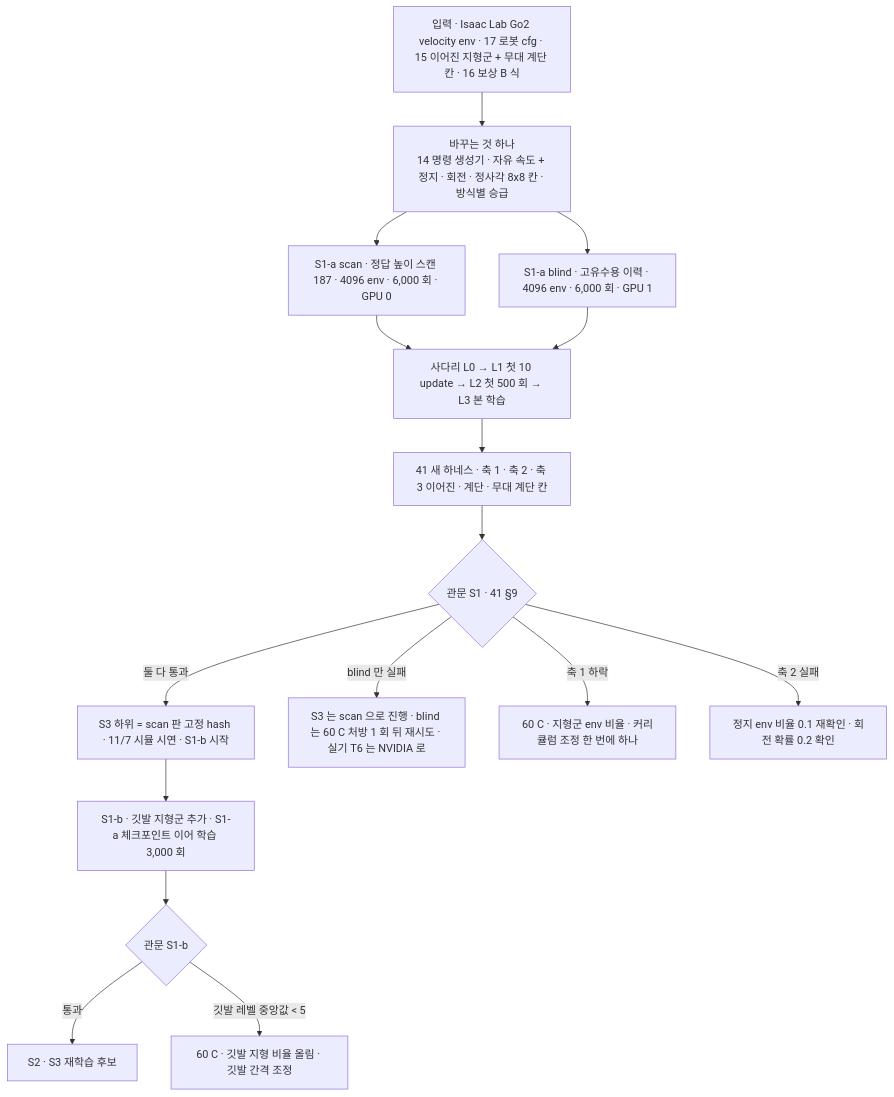
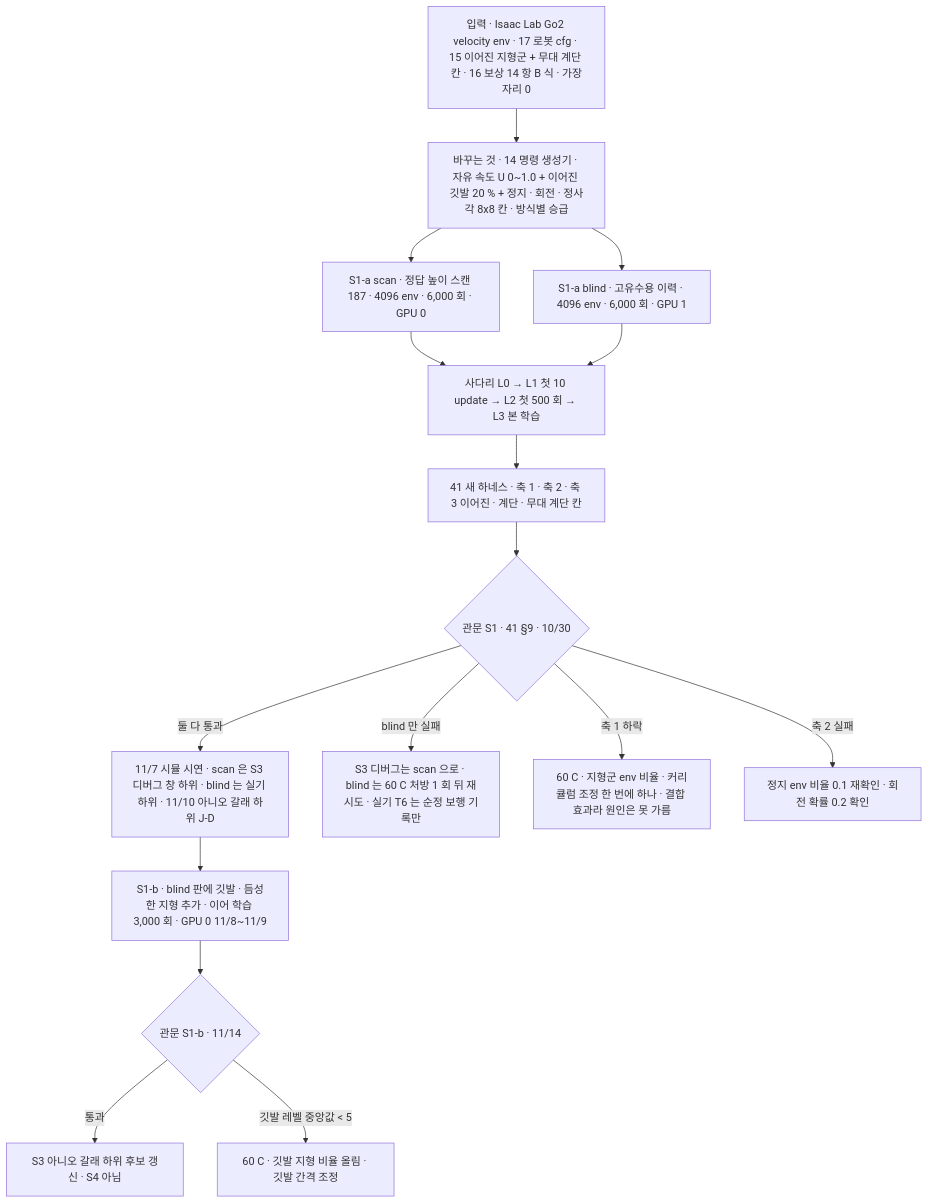
One commit to foothold-project/foothold-lab changed the diagram in inbox/jay/20261019-design/52-S1-OPEN-COMMAND.md. Above: the diagram before and after it, drawn with Mermaid. The commit also changed other lines of this file and 23 other files, not shown here.

````diff
--- a/inbox/jay/20261019-design/52-S1-OPEN-COMMAND.md
+++ b/inbox/jay/20261019-design/52-S1-OPEN-COMMAND.md
@@ -15,18 +15,18 @@
 ```mermaid
 flowchart TB
-  IN[입력 · Isaac Lab Go2 velocity env · 17 로봇 cfg · 15 이어진 지형군 + 무대 계단 칸 · 16 보상 B 식] --> CH[바꾸는 것 하나<br/>14 명령 생성기 · 자유 속도 + 정지 · 회전 · 정사각 8x8 칸 · 방식별 승급]
+  IN[입력 · Isaac Lab Go2 velocity env · 17 로봇 cfg · 15 이어진 지형군 + 무대 계단 칸 · 16 보상 14 항 B 식 · 가장자리 0] --> CH[바꾸는 것 · 14 명령 생성기 · 자유 속도 U 0~1.0 + 이어진 깃발 20 % + 정지 · 회전 · 정사각 8x8 칸 · 방식별 승급]
   CH --> V1[S1-a scan · 정답 높이 스캔 187 · 4096 env · 6,000 회 · GPU 0]
   CH --> V2[S1-a blind · 고유수용 이력 · 4096 env · 6,000 회 · GPU 1]
   V1 --> L[사다리 L0 → L1 첫 10 update → L2 첫 500 회 → L3 본 학습]
   V2 --> L
   L --> EV[41 새 하네스 · 축 1 · 축 2 · 축 3 이어진 · 계단 · 무대 계단 칸]
-  EV --> G{관문 S1 · 41 §9}
-  G -->|둘 다 통과| N1[S3 하위 = scan 판 고정 hash · 11/7 시뮬 시연 · S1-b 시작]
-  G -->|blind 만 실패| N2[S3 는 scan 으로 진행 · blind 는 60 C 처방 1 회 뒤 재시도 · 실기 T6 는 NVIDIA 로]
-  G -->|축 1 하락| C[60 C · 지형군 env 비율 · 커리큘럼 조정 한 번에 하나]
+  EV --> G{관문 S1 · 41 §9 · 10/30}
+  G -->|둘 다 통과| N1[11/7 시뮬 시연 · scan 은 S3 디버그 창 하위 · blind 는 실기 하위 · 11/10 아니오 갈래 하위 J-D]
+  G -->|blind 만 실패| N2[S3 디버그는 scan 으로 · blind 는 60 C 처방 1 회 뒤 재시도 · 실기 T6 는 순정 보행 기록만]
+  G -->|축 1 하락| C[60 C · 지형군 env 비율 · 커리큘럼 조정 한 번에 하나 · 결합 효과라 원인은 못 가름]
   G -->|축 2 실패| C2[정지 env 비율 0.1 재확인 · 회전 확률 0.2 확인]
-  N1 --> B[S1-b · 깃발 지형군 추가 · S1-a 체크포인트 이어 학습 3,000 회]
-  B --> GB{관문 S1-b}
-  GB -->|통과| S2[S2 · S3 재학습 후보]
+  N1 --> B[S1-b · blind 판에 깃발 · 듬성한 지형 추가 · 이어 학습 3,000 회 · GPU 0 11/8~11/9]
+  B --> GB{관문 S1-b · 11/14}
+  GB -->|통과| S3L[S3 아니오 갈래 하위 후보 갱신 · S4 아님]
   GB -->|깃발 레벨 중앙값 < 5| CB[60 C · 깃발 지형 비율 올림 · 깃발 간격 조정]
 ```
````
